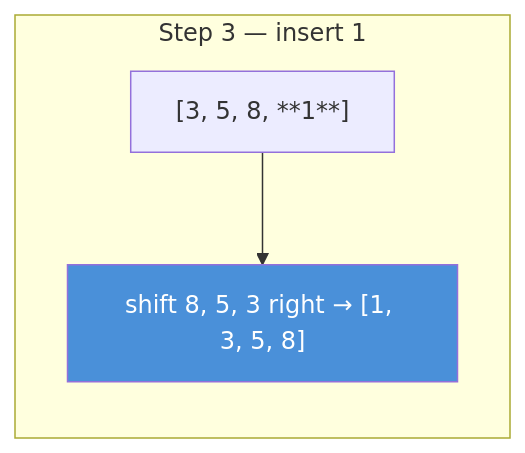
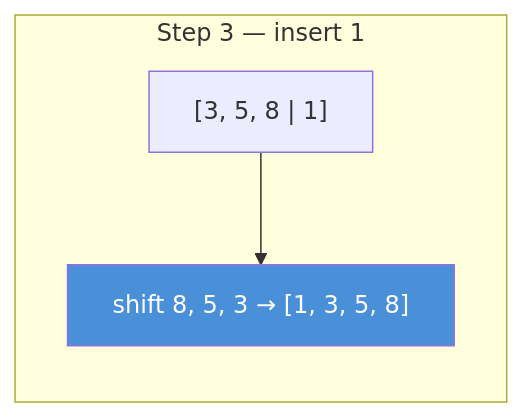
The third of 3 diagrams in docs/21-insertion-sort.md (valarpirai/software-enginneering), drawn with Mermaid before and after one commit. The commit also changed other lines of this file and 3 other files, not shown here.

````diff
--- a/docs/21-insertion-sort.md
+++ b/docs/21-insertion-sort.md
@@ -41,7 +49,7 @@
 ```mermaid
 graph LR
     subgraph "Step 3 — insert 1"
-    A["[3, 5, 8, **1**]"] --> B["shift 8, 5, 3 right → [1, 3, 5, 8]"]
+    E["[3, 5, 8 | 1]"] --> F["shift 8, 5, 3 → [1, 3, 5, 8]"]
     end
-    style B fill:#4a90d9,color:#fff
+    style F fill:#4a90d9,color:#fff
 ```
````
